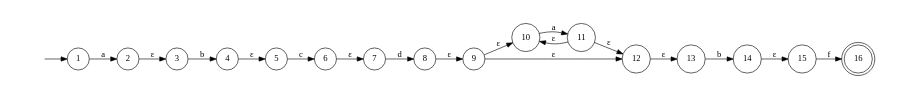
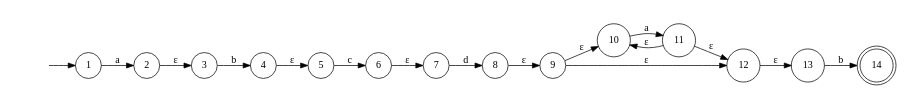
The diagram in nfa.gv (liangzihong/RegExpEngine), drawn with Graphviz before and after one commit. The commit also changed 8 other files, not shown here.

Commit message:
修复了 最小化后画图 序号>点数的问题 的bug。

```diff
--- a/nfa.gv
+++ b/nfa.gv
@@ -1,26 +1,24 @@
 digraph nfa {
 	rankdir=LR size=4.5
 	node [shape=doublecircle]
-	16
+	14
 	node [shape=circle]
 	1 -> 2 [label=a]
 	2 -> 3 [label="ε"]
 	3 -> 4 [label=b]
 	4 -> 5 [label="ε"]
 	5 -> 6 [label=c]
 	6 -> 7 [label="ε"]
 	7 -> 8 [label=d]
 	8 -> 9 [label="ε"]
 	9 -> 10 [label="ε"]
 	9 -> 12 [label="ε"]
 	10 -> 11 [label=a]
 	11 -> 10 [label="ε"]
 	11 -> 12 [label="ε"]
 	12 -> 13 [label="ε"]
 	13 -> 14 [label=b]
-	14 -> 15 [label="ε"]
-	15 -> 16 [label=f]
 	node [style=invis]
 	0
 	0 -> 1
 }
```
